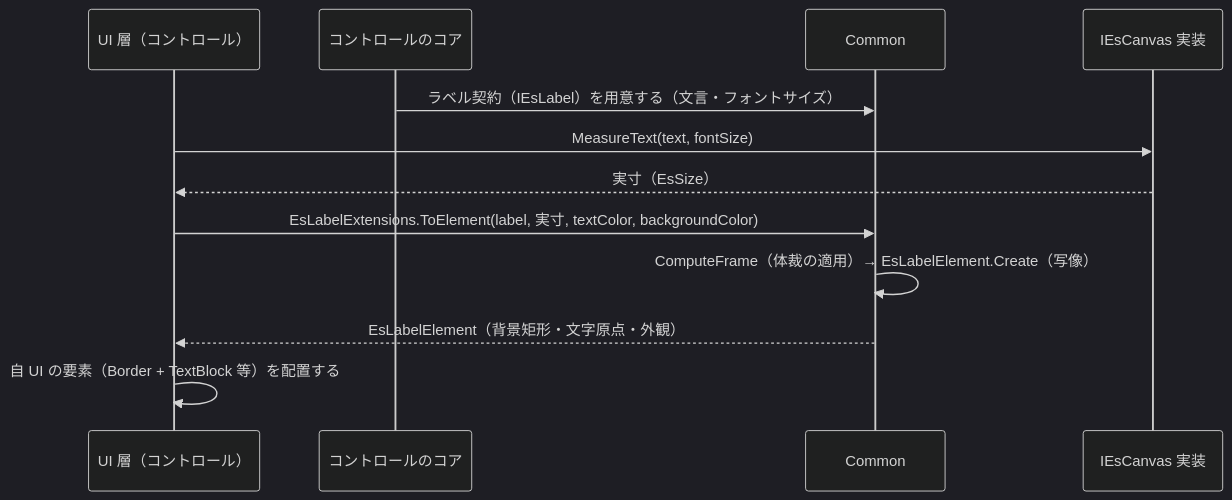
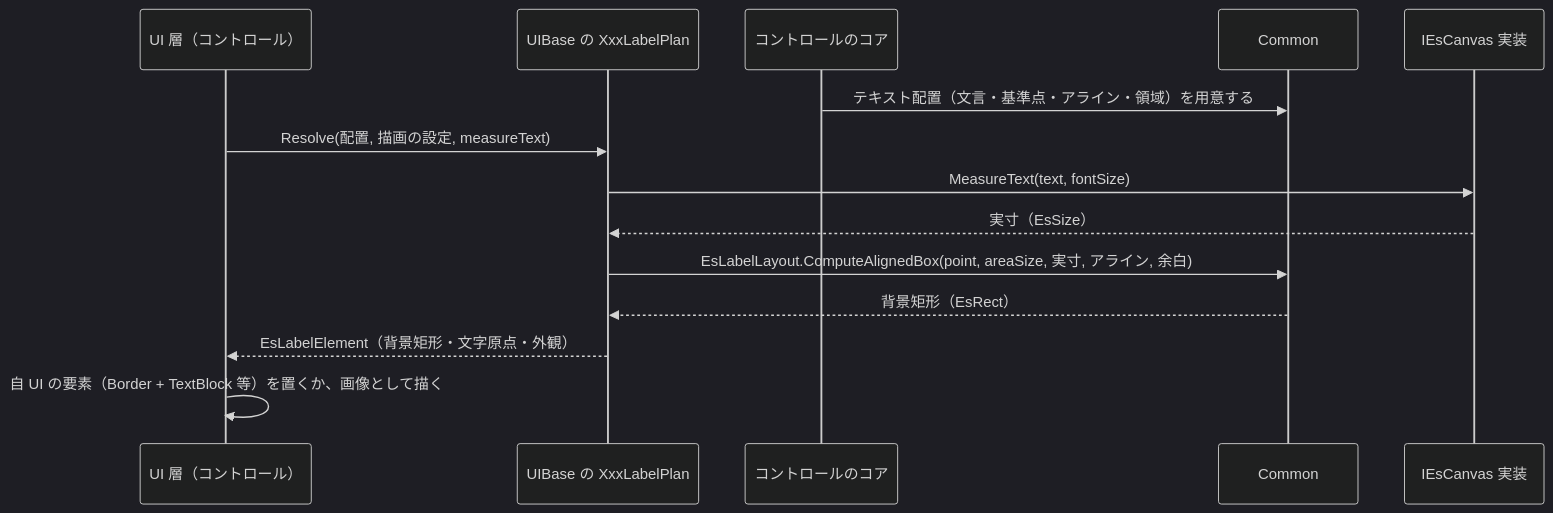
The third of 3 diagrams in src/Common/SPEC_System.md (tomokuni/SaveEvidence), drawn with Mermaid (dark theme) before and after one commit. The commit also changed other lines of this file and 100 other files, not shown here.

````diff
--- a/src/Common/SPEC_System.md
+++ b/src/Common/SPEC_System.md
@@ -142,15 +140,17 @@
 ```mermaid
 sequenceDiagram
   participant UI as UI 層（コントロール）
+  participant Plan as UIBase の XxxLabelPlan
   participant Core as コントロールのコア
   participant C as Common
   participant Port as IEsCanvas 実装
 
-  Core->>C: ラベル契約（IEsLabel）を用意する（文言・フォントサイズ）
-  UI->>Port: MeasureText(text, fontSize)
-  Port-->>UI: 実寸（EsSize）
-  UI->>C: EsLabelExtensions.ToElement(label, 実寸, textColor, backgroundColor)
-  C->>C: ComputeFrame（体裁の適用）→ EsLabelElement.Create（写像）
-  C-->>UI: EsLabelElement（背景矩形・文字原点・外観）
-  UI->>UI: 自 UI の要素（Border + TextBlock 等）を配置する
+  Core->>C: テキスト配置（文言・基準点・アライン・領域）を用意する
+  UI->>Plan: Resolve(配置, 描画の設定, measureText)
+  Plan->>Port: MeasureText(text, fontSize)
+  Port-->>Plan: 実寸（EsSize）
+  Plan->>C: EsLabelLayout.ComputeAlignedBox(point, areaSize, 実寸, アライン, 余白)
+  C-->>Plan: 背景矩形（EsRect）
+  Plan-->>UI: EsLabelElement（背景矩形・文字原点・外観）
+  UI->>UI: 自 UI の要素（Border + TextBlock 等）を置くか、画像として描く
 ```
````
